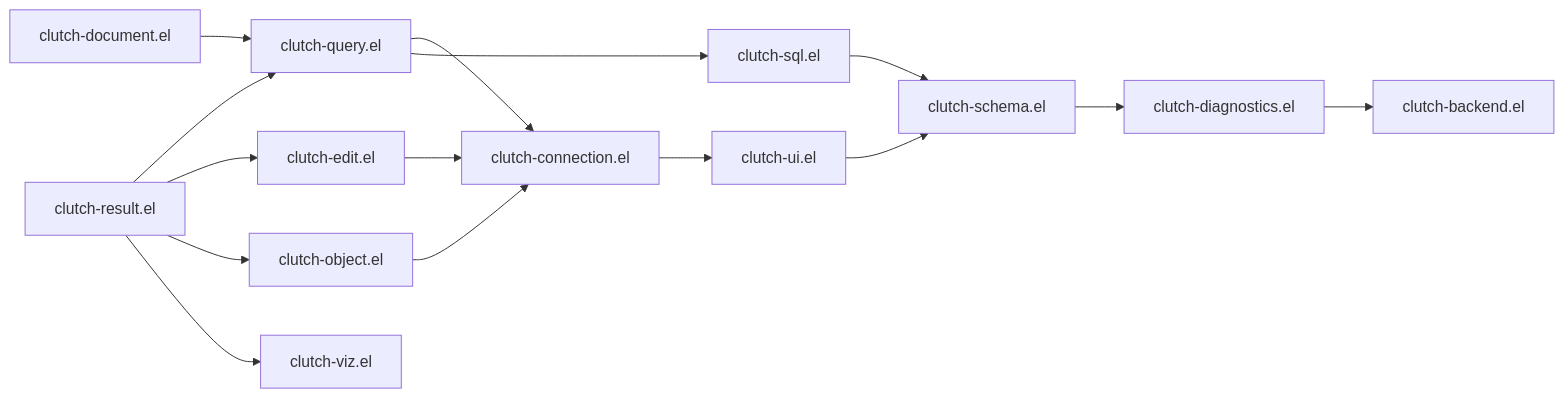
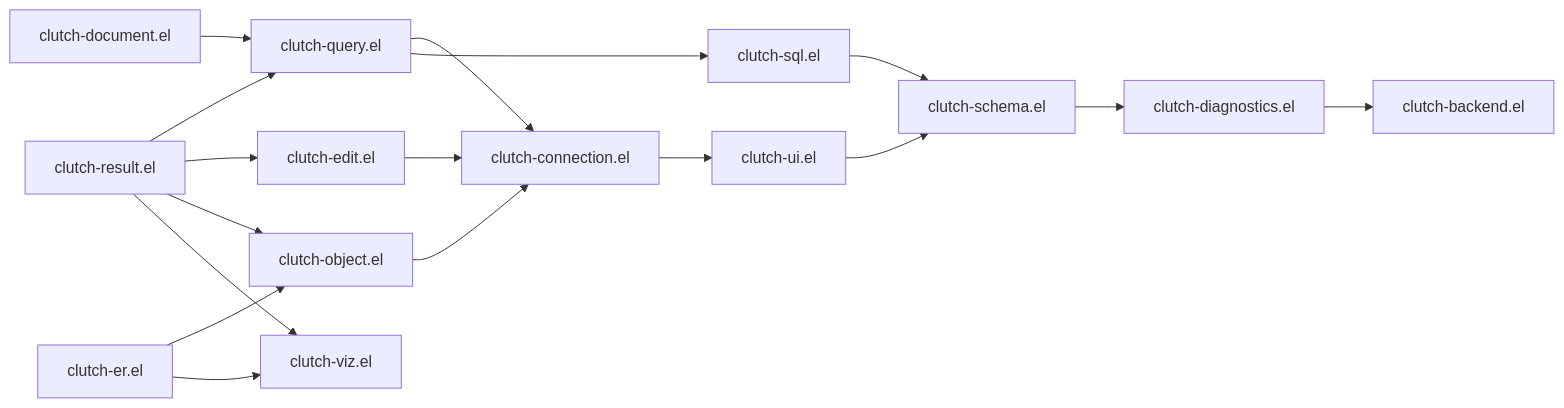
The second of 7 diagrams in docs/architecture.md (LuciusChen/clutch), drawn with Mermaid before and after one commit. The commit also changed other lines of this file and 15 other files, not shown here.

First line of the commit message:
feat: show the ER view of a table

````diff
--- a/docs/architecture.md
+++ b/docs/architecture.md
@@ -90,30 +93,33 @@
 ```mermaid
 flowchart LR
   Backend["clutch-backend.el"]
   Diagnostics["clutch-diagnostics.el"]
   Schema["clutch-schema.el"]
   UI["clutch-ui.el"]
   SQL["clutch-sql.el"]
   Conn["clutch-connection.el"]
   Query["clutch-query.el"]
   Document["clutch-document.el"]
   Edit["clutch-edit.el"]
   Object["clutch-object.el"]
   Result["clutch-result.el"]
+  ER["clutch-er.el"]
   Viz["clutch-viz.el"]
 
   Diagnostics --> Backend
   Schema --> Diagnostics
   UI --> Schema
   SQL --> Schema
   Conn --> UI
   Query --> Conn
   Query --> SQL
   Document --> Query
   Edit --> Conn
   Object --> Conn
   Result --> Query
   Result --> Edit
   Result --> Object
   Result --> Viz
+  ER --> Object
+  ER --> Viz
 ```
````
